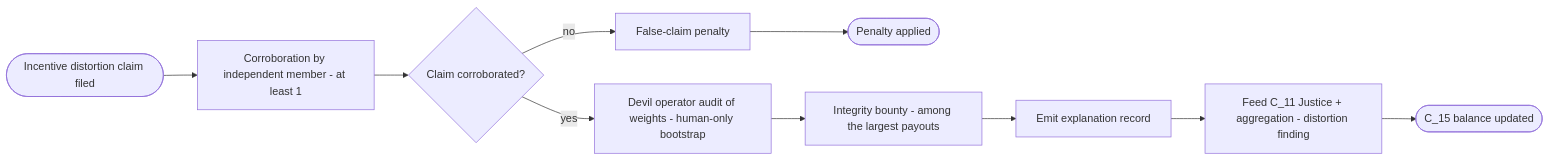
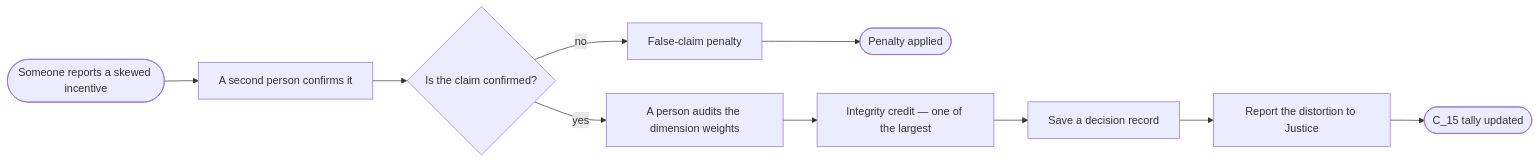
Before and after one commit to vijayee/resonantdao-example: diagram 18 of 24 in docs/contribution-economy/README.md, drawn with Mermaid. The commit also changed other lines of this file, not shown here.

````diff
--- a/docs/contribution-economy/README.md
+++ b/docs/contribution-economy/README.md
@@ -291,6 +288,6 @@
 ```mermaid
 flowchart LR
-  S([Incentive distortion claim filed]) --> COR[Corroboration by independent member - at least 1] --> G{Claim corroborated?}
+  S([Someone reports a skewed incentive]) --> COR[A second person confirms it] --> G{Is the claim confirmed?}
   G -->|no| FP[False-claim penalty] --> E1([Penalty applied])
-  G -->|yes| AUD[Devil operator audit of weights - human-only bootstrap] --> B[Integrity bounty - among the largest payouts] --> RC[Emit explanation record] --> F11[Feed C_11 Justice + aggregation - distortion finding] --> E2([C_15 balance updated])
+  G -->|yes| AUD[A person audits the dimension weights] --> B[Integrity credit — one of the largest] --> RC[Save a decision record] --> F11[Report the distortion to Justice] --> E2([C_15 tally updated])
 ```
````
